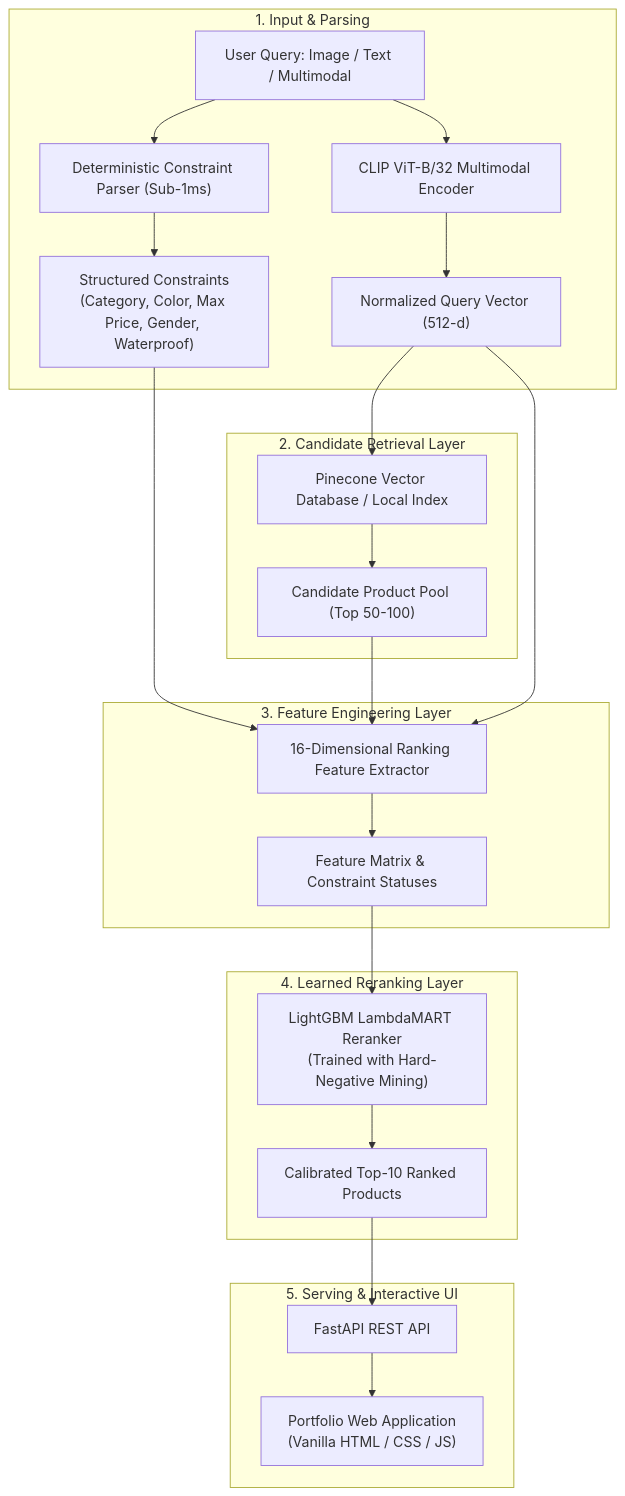
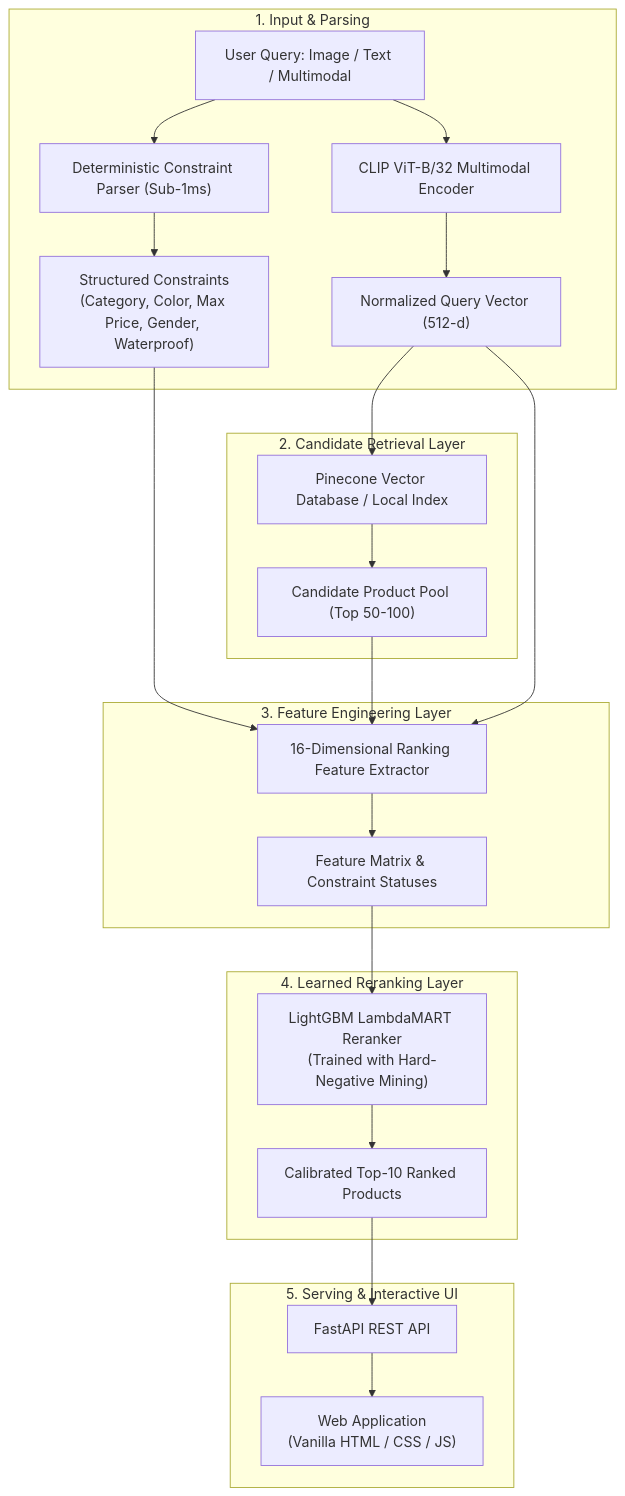
The diagram in README.md (Sujato-Dutta/Multimodal-Constraint-Aware-Search-and-Learned-Reranking), drawn with Mermaid before and after one commit. The commit also changed other lines of this file, not shown here.

````diff
--- a/README.md
+++ b/README.md
@@ -29,35 +15,35 @@
 ```mermaid
 flowchart TD
     subgraph Input_Layer ["1. Input & Parsing"]
         UQ["User Query: Image / Text / Multimodal"]
         NLP["Deterministic Constraint Parser (Sub-1ms)"]
         CLIP["CLIP ViT-B/32 Multimodal Encoder"]
         
         UQ --> NLP
         UQ --> CLIP
         NLP --> SC["Structured Constraints<br/>(Category, Color, Max Price, Gender, Waterproof)"]
         CLIP --> QV["Normalized Query Vector (512-d)"]
     end
 
     subgraph Candidate_Retrieval ["2. Candidate Retrieval Layer"]
         QV --> Pinecone["Pinecone Vector Database / Local Index"]
         Pinecone --> Pool["Candidate Product Pool (Top 50-100)"]
     end
 
     subgraph Feature_Engineering ["3. Feature Engineering Layer"]
         SC --> FE["16-Dimensional Ranking Feature Extractor"]
         Pool --> FE
         QV --> FE
         FE --> FV["Feature Matrix & Constraint Statuses"]
     end
 
     subgraph Learned_Reranking ["4. Learned Reranking Layer"]
         FV --> LTR["LightGBM LambdaMART Reranker<br/>(Trained with Hard-Negative Mining)"]
         LTR --> Ranked["Calibrated Top-10 Ranked Products"]
     end
 
     subgraph Presentation_Layer ["5. Serving & Interactive UI"]
         Ranked --> API["FastAPI REST API"]
-        API --> UI["Portfolio Web Application<br/>(Vanilla HTML / CSS / JS)"]
+        API --> UI["Web Application<br/>(Vanilla HTML / CSS / JS)"]
     end
 ```
````
